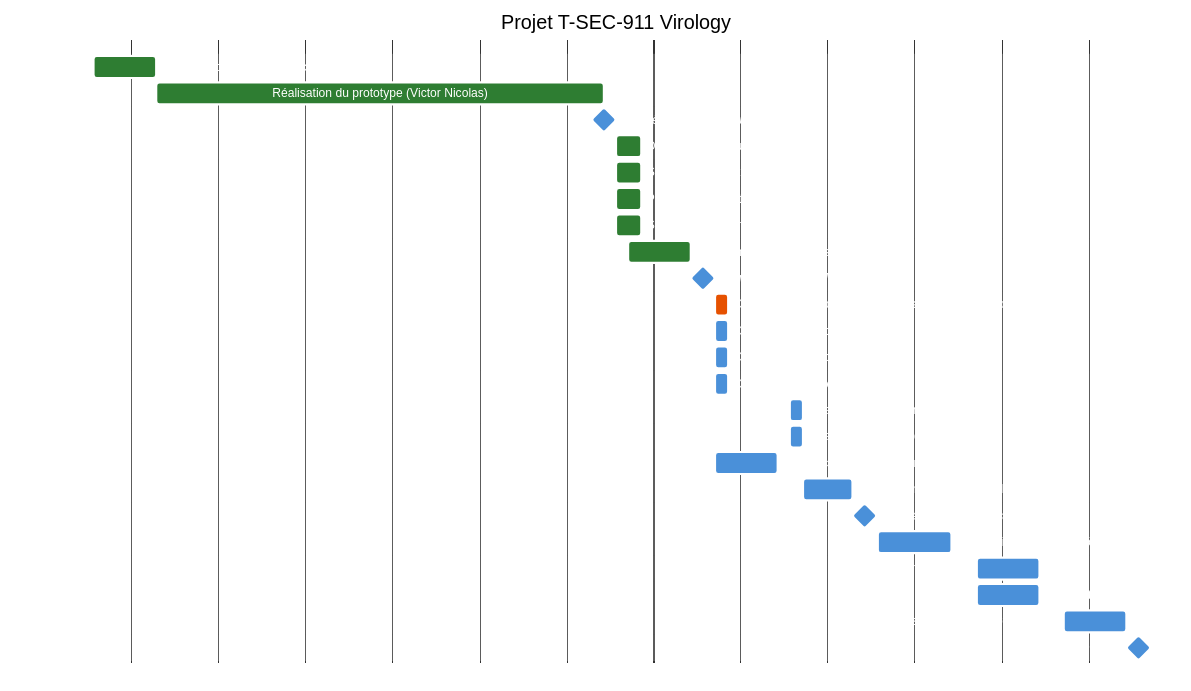
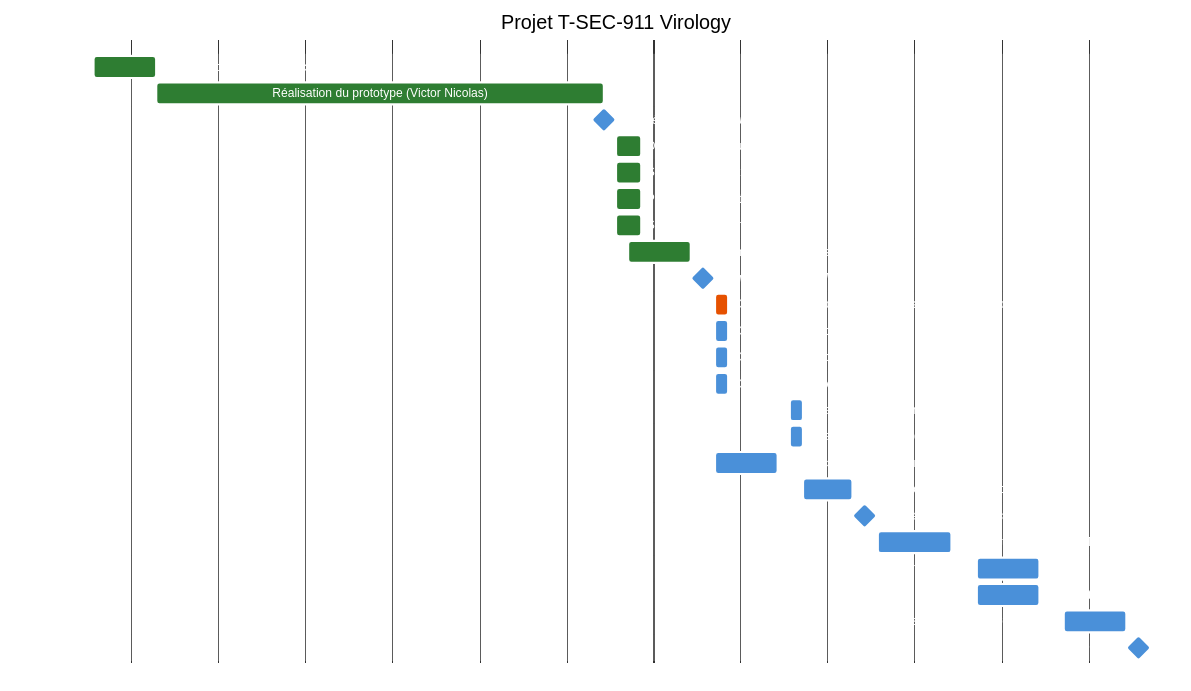
The diagram in documenation/gestion-projet.md (T-CLO-Epitech/T-SEC-VIR), drawn with Mermaid before and after one commit. The commit also changed other lines of this file, not shown here.

Commit message:
doc gestion projet

````diff
--- a/documenation/gestion-projet.md
+++ b/documenation/gestion-projet.md
@@ -1,30 +21,31 @@
 ```mermaid
 %%{init: {'theme': 'base', 'themeVariables': { 'primaryColor': '#ffffff', 'primaryTextColor': '#ffffff', 'primaryBorderColor': '#ffffff', 'lineColor': '#333333', 'sectionBkgColor': '#ffffff', 'altSectionBkgColor': '#f5f5f5', 'taskBkgColor': '#4a90d9', 'taskTextColor': '#ffffff', 'doneTaskBkgColor': '#2e7d32', 'doneTaskBorderColor': '#ffffff', 'activeTaskBkgColor': '#e65100', 'activeTaskBorderColor': '#ffffff', 'gridColor': '#cccccc', 'todayLineColor': '#d32f2f'}}}%%
 gantt
-title Projet T-SEC-911 Virology
-dateFormat YYYY-MM-DD
+    title Projet T-SEC-911 Virology
+    dateFormat YYYY-MM-DD
 
     Définition des objectifs (Victor Nicolas)           :done, obj, 2025-12-04, 5d
     Réalisation du prototype (Victor Nicolas)           :done, proto, after obj, 36d
     Première réunion de suivi          :milestone, m1, 2026-01-14, 0d
     Diagramme de flux (Nicolas)                  :done, flux, 2026-01-15, 2d
-    Schema architecture (Nicolas)               :done, archi, 2026-01-15, 2d
+    Schéma architecture (Nicolas)               :done, archi, 2026-01-15, 2d
     Planification des tâches (Nicolas)           :done, plan, 2026-01-15, 2d
     Schéma fonctionnel (Victor)                :done, fonc, 2026-01-15, 2d
     Création support de présentation (Victor)   :done, support, 2026-01-16, 5d
     Deuxième réunion de suivi          :milestone, m2, 2026-01-22, 0d
     Conception protocoles communication (Victor Nicolas) :active, conc1, 2026-01-23, 1d
     Charge utile-1 récup ordre DNS     :cu1, 2026-01-23, 1d
     Charge utile-2 récup fichier texte :cu2, 2026-01-23, 1d
     Charge utile-3 encoder fichier     :cu3, 2026-01-23, 1d
     Charge utile-4 exfiltrer fichier   :cu4, 2026-01-29, 1d
     Charge utile-5 décoder morse       :cu5, 2026-01-29, 1d
     Recherche méthode offuscation      :rech, 2026-01-23, 5d
-    Offuscation-1 encapsuler charge    :off1, 2026-01-30, 4d
+    Obfuscation-1 encapsuler charge    :off1, 2026-01-30, 4d
     Troisième réunion de suivi         :milestone, m3, 2026-02-04, 0d
-    Offuscation-2 test VirusTotal      :off2, 2026-02-05, 6d
+    Obfuscation-2 test VirusTotal      :off2, 2026-02-05, 6d
     Préparation démonstration          :demo, 2026-02-13, 5d
     Préparation démo vidéo             :video, 2026-02-13, 5d
     Finalisation support présentation  :final, 2026-02-20, 5d
     Présentation finale                :milestone, m4, 2026-02-26, 0d
+
 ```
````
